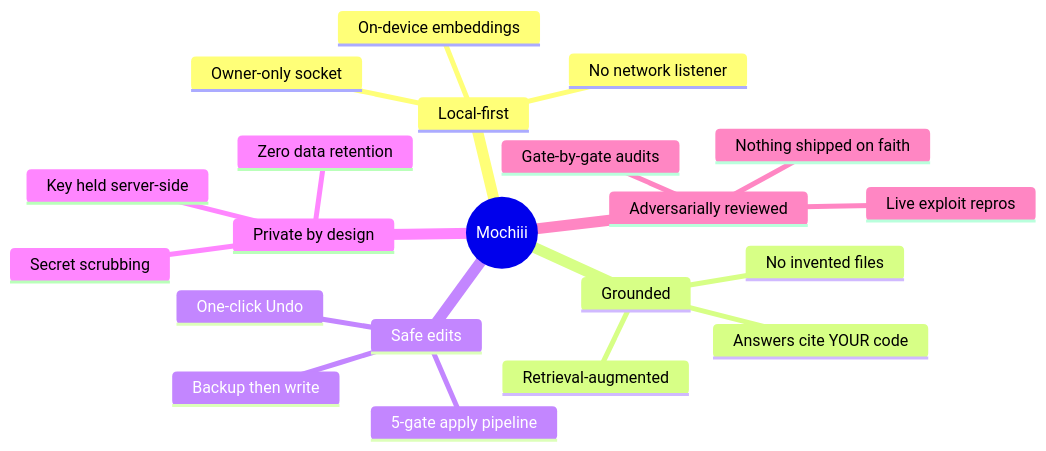
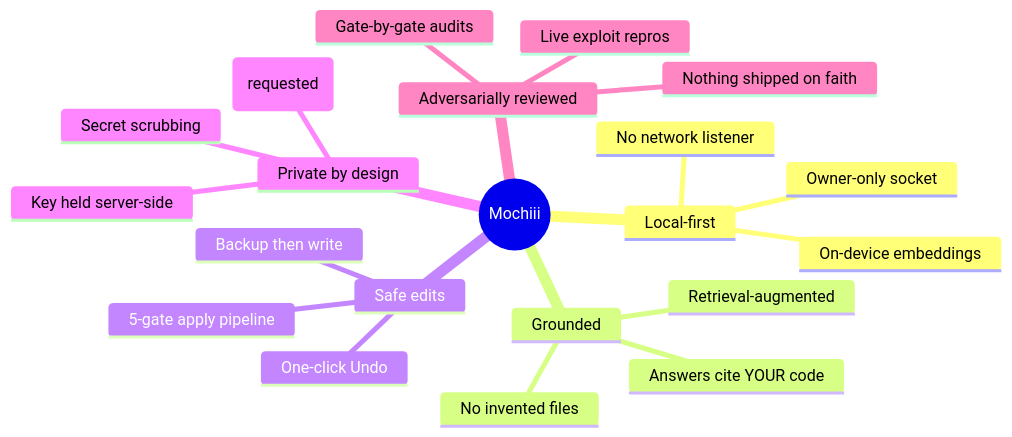
Before and after one commit to Rav-2007/codeterminal-core: the first of 6 diagrams in PRODUCT_OVERVIEW.md, drawn with Mermaid. The commit also changed other lines of this file and 1 other file, not shown here.

First line of the commit message:
docs: reframe ZDR claims as requested-not-enforced while F1 is open

````diff
--- a/PRODUCT_OVERVIEW.md
+++ b/PRODUCT_OVERVIEW.md
@@ -100,24 +101,24 @@
 ```mermaid
 mindmap
   root((Mochiii))
     Local-first
       On-device embeddings
       No network listener
       Owner-only socket
     Grounded
       Retrieval-augmented
       Answers cite YOUR code
       No invented files
     Safe edits
       5-gate apply pipeline
       Backup then write
       One-click Undo
     Private by design
-      Zero data retention
+      Zero data retention (requested)
       Secret scrubbing
       Key held server-side
     Adversarially reviewed
       Gate-by-gate audits
       Live exploit repros
       Nothing shipped on faith
 ```
````
